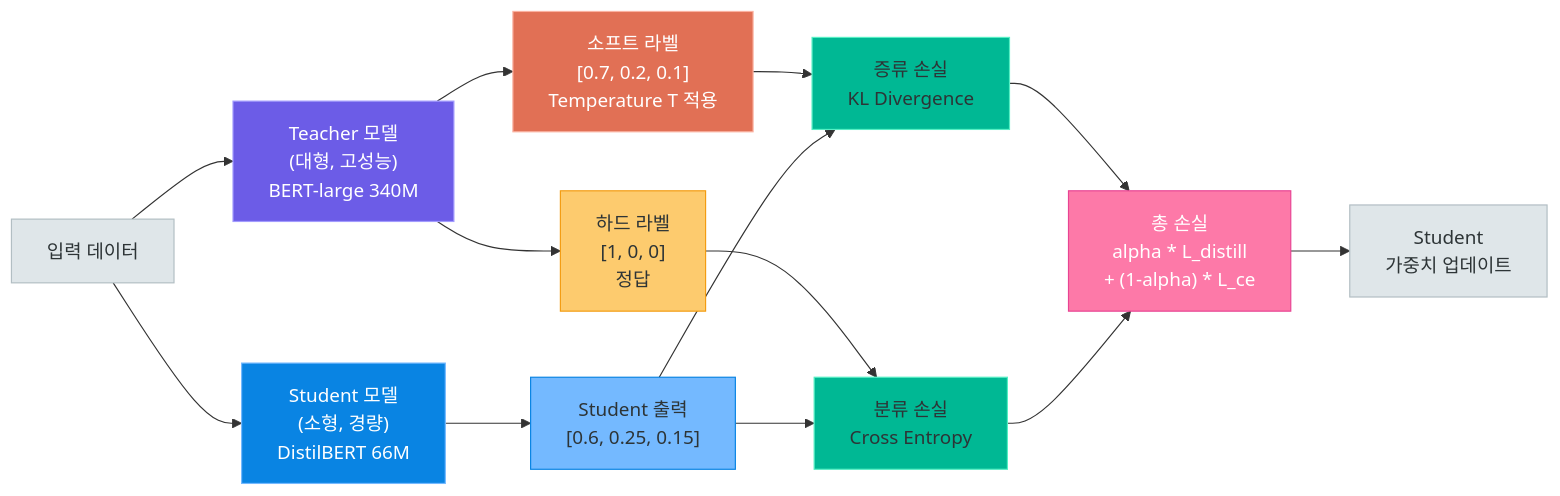
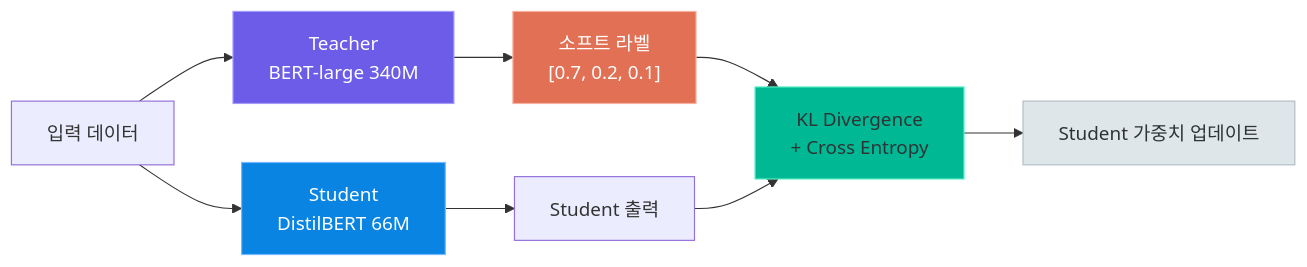
The third of 4 diagrams in 0.docs/05_genai_advanced/15_model_optimization.md (lovehyun/tutorial-genai), drawn with Mermaid before and after one commit. The commit also changed other lines of this file and 11 other files, not shown here.

````diff
--- a/0.docs/05_genai_advanced/15_model_optimization.md
+++ b/0.docs/05_genai_advanced/15_model_optimization.md
@@ -410,31 +375,18 @@
 ```mermaid
 flowchart LR
-    Input["입력 데이터"]
+    Input["입력 데이터"] --> Teacher["Teacher\nBERT-large 340M"]
+    Input --> Student["Student\nDistilBERT 66M"]
 
-    Input --> Teacher["Teacher 모델\n(대형, 고성능)\nBERT-large 340M"]
-    Input --> Student["Student 모델\n(소형, 경량)\nDistilBERT 66M"]
+    Teacher --> Soft["소프트 라벨\n[0.7, 0.2, 0.1]"]
+    Student --> StudentOut["Student 출력"]
 
-    Teacher --> Soft["소프트 라벨\n[0.7, 0.2, 0.1]\nTemperature T 적용"]
-    Teacher --> Hard["하드 라벨\n[1, 0, 0]\n정답"]
+    Soft --> Loss["KL Divergence\n+ Cross Entropy"]
+    StudentOut --> Loss
+    Loss --> Update["Student 가중치 업데이트"]
 
-    Soft --> Loss["증류 손실\nKL Divergence"]
-    Hard --> Loss2["분류 손실\nCross Entropy"]
-    Student --> StudentOut["Student 출력\n[0.6, 0.25, 0.15]"]
-    StudentOut --> Loss
-    StudentOut --> Loss2
-
-    Loss --> Total["총 손실\nalpha * L_distill\n+ (1-alpha) * L_ce"]
-    Loss2 --> Total
-    Total --> Update["Student\n가중치 업데이트"]
-
-    style Input fill:#dfe6e9,stroke:#b2bec3,color:#2d3436
     style Teacher fill:#6c5ce7,stroke:#a29bfe,color:#fff
     style Student fill:#0984e3,stroke:#74b9ff,color:#fff
     style Soft fill:#e17055,stroke:#fab1a0,color:#fff
-    style Hard fill:#fdcb6e,stroke:#f39c12,color:#2d3436
     style Loss fill:#00b894,stroke:#55efc4,color:#2d3436
-    style Loss2 fill:#00b894,stroke:#55efc4,color:#2d3436
-    style StudentOut fill:#74b9ff,stroke:#0984e3,color:#2d3436
-    style Total fill:#fd79a8,stroke:#e84393,color:#fff
     style Update fill:#dfe6e9,stroke:#b2bec3,color:#2d3436
 ```
````
